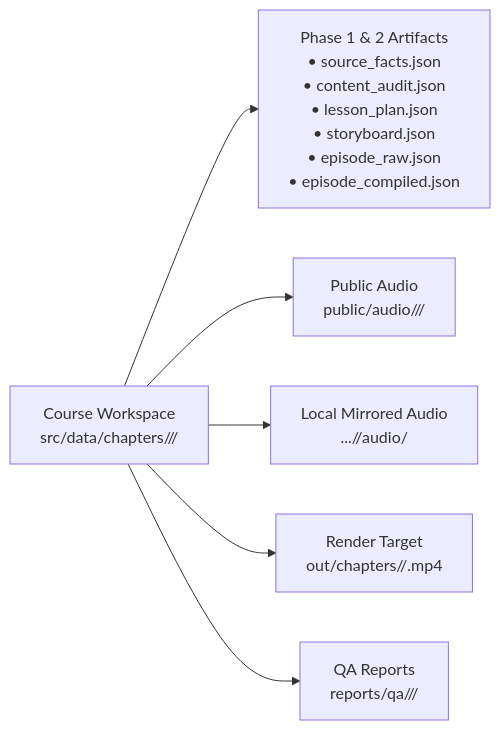
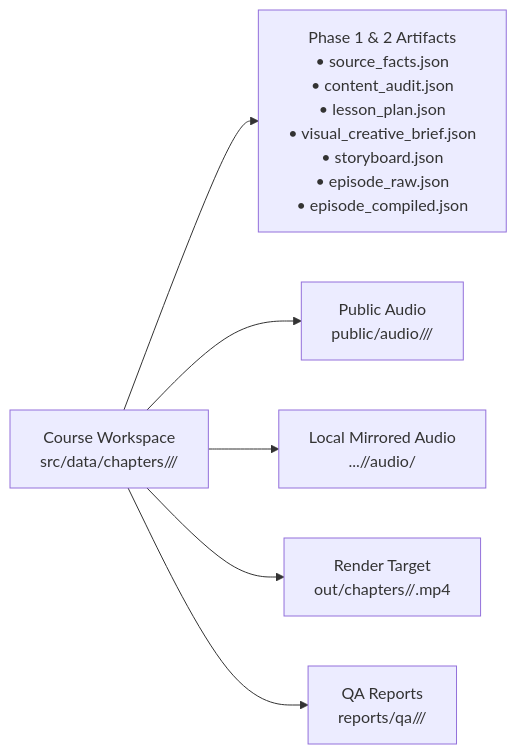
Before and after one commit to yash3155/Video-Generator: the first of 4 diagrams in AGENTS.md, drawn with Mermaid. The commit also changed other lines of this file and 17 other files, not shown here.

Commit message:
feat(core): update schemas, quality standards, composite template layout and QA engine

````diff
--- a/AGENTS.md
+++ b/AGENTS.md
@@ -26,8 +30,8 @@
 ```mermaid
 flowchart LR
-    COURSE["Course Workspace\nsrc/data/chapters/<course_id>/<chapter_id>/"] --> ARTIFACTS["Phase 1 & 2 Artifacts\n• source_facts.json\n• content_audit.json\n• lesson_plan.json\n• storyboard.json\n• episode_raw.json\n• episode_compiled.json"]
+    COURSE["Course Workspace\nsrc/data/chapters/<course_id>/<chapter_id>/"] --> ARTIFACTS["Phase 1 & 2 Artifacts\n• source_facts.json\n• content_audit.json\n• lesson_plan.json\n• visual_creative_brief.json\n• storyboard.json\n• episode_raw.json\n• episode_compiled.json"]
     COURSE --> AUDIO["Public Audio\npublic/audio/<course_id>/<chapter_id>/"]
     COURSE --> MIRROR["Local Mirrored Audio\n.../<chapter_id>/audio/"]
     COURSE --> VIDEO["Render Target\nout/chapters/<course_id>/<chapter_id>.mp4"]
     COURSE --> QA["QA Reports\nreports/qa/<course_id>/<chapter_id>/"]
 ```
````
